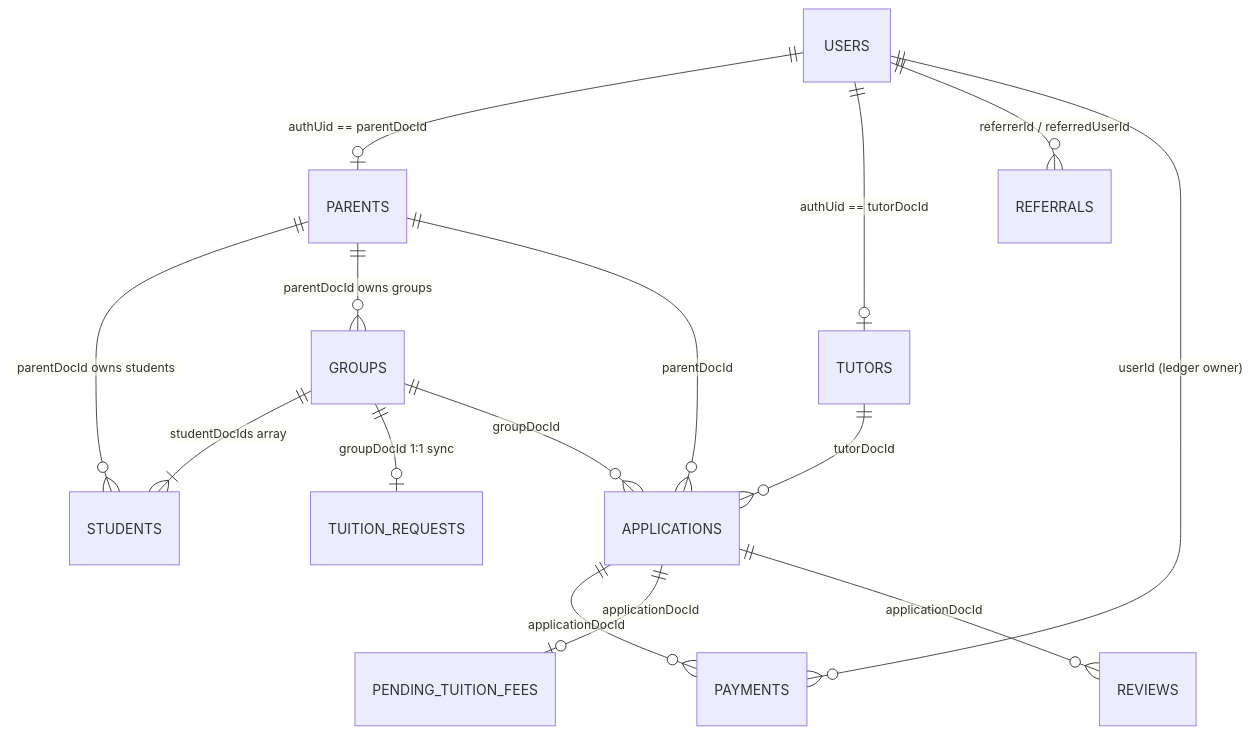
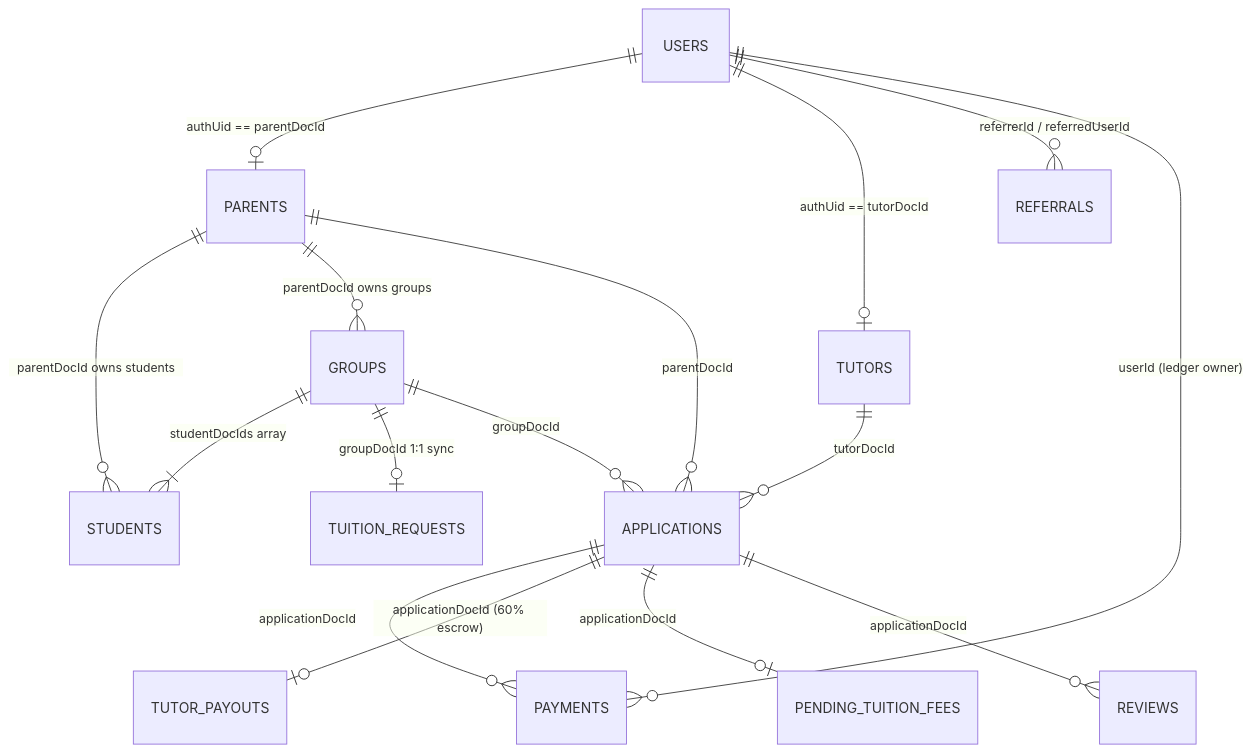
Before and after one commit to Nikhil4002-50-82/Mi-Tutora: the diagram in docs/Database_Architecture.md, drawn with Mermaid. The commit also changed other lines of this file and 5 other files, not shown here.

````diff
--- a/docs/Database_Architecture.md
+++ b/docs/Database_Architecture.md
@@ -9,20 +9,21 @@
 ```mermaid
 erDiagram
     USERS ||--o| PARENTS : "authUid == parentDocId"
     USERS ||--o| TUTORS : "authUid == tutorDocId"
     PARENTS ||--o{ STUDENTS : "parentDocId owns students"
     PARENTS ||--o{ GROUPS : "parentDocId owns groups"
     GROUPS ||--|{ STUDENTS : "studentDocIds array"
     GROUPS ||--o| TUITION_REQUESTS : "groupDocId 1:1 sync"
     
     PARENTS ||--o{ APPLICATIONS : "parentDocId"
     TUTORS ||--o{ APPLICATIONS : "tutorDocId"
     GROUPS ||--o{ APPLICATIONS : "groupDocId"
     
     APPLICATIONS ||--o{ PAYMENTS : "applicationDocId"
+    APPLICATIONS ||--o| TUTOR_PAYOUTS : "applicationDocId (60% escrow)"
     APPLICATIONS ||--o| PENDING_TUITION_FEES : "applicationDocId"
     APPLICATIONS ||--o{ REVIEWS : "applicationDocId"
     
     USERS ||--o{ REFERRALS : "referrerId / referredUserId"
     USERS ||--o{ PAYMENTS : "userId (ledger owner)"
 ```
````
